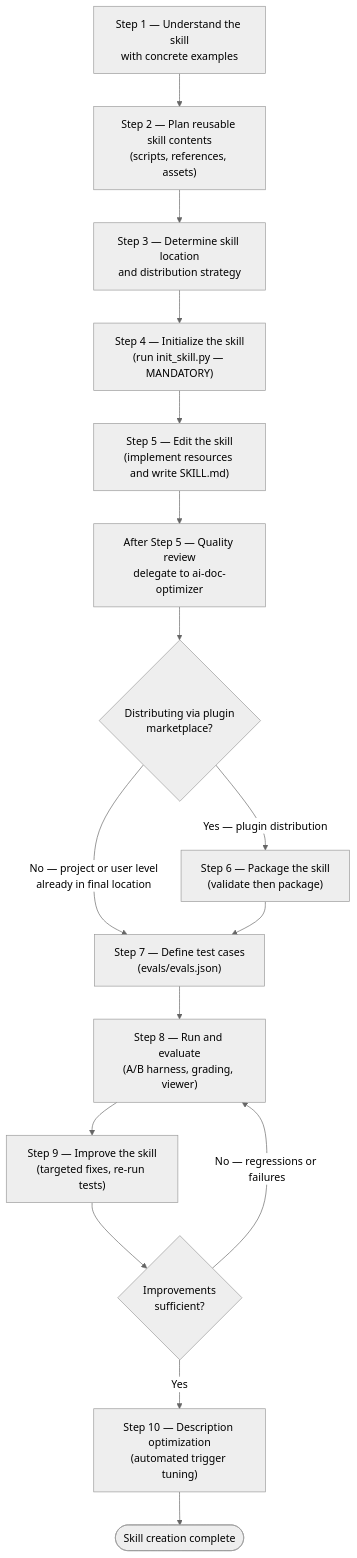
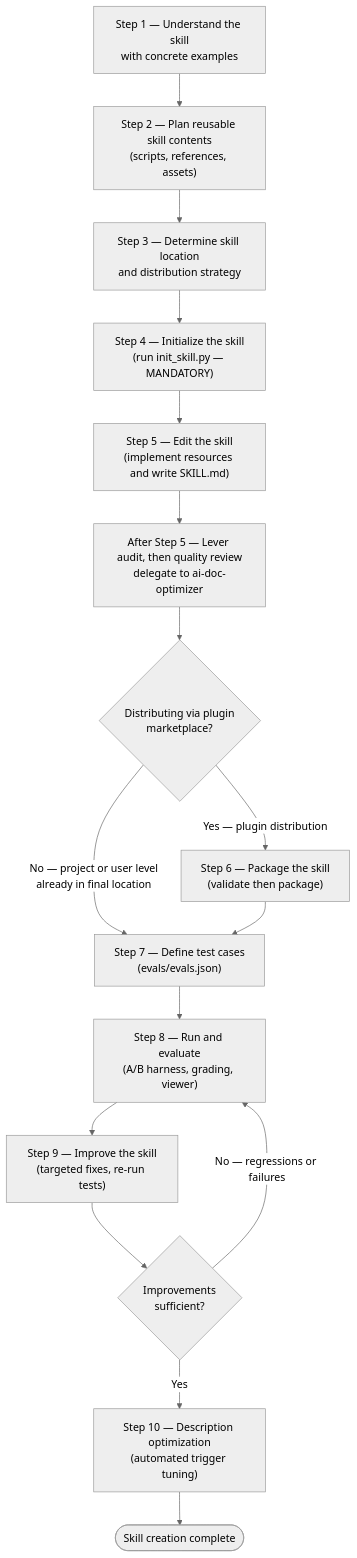
Before and after one commit to Jamie-BitFlight/claude_skills: the third of 5 diagrams in plugins/plugin-creator/skills/skill-creator/SKILL.md, drawn with Mermaid (neutral theme). The commit also changed other lines of this file and 2 other files, not shown here.

First line of the commit message:
feat(plugin-creator): add lever-audit pass to optimize, wire into skill-creator

````diff
--- a/plugins/plugin-creator/skills/skill-creator/SKILL.md
+++ b/plugins/plugin-creator/skills/skill-creator/SKILL.md
@@ -294,20 +294,20 @@
 ```mermaid
 flowchart TD
     S1["Step 1 — Understand the skill<br>with concrete examples"] --> S2
     S2["Step 2 — Plan reusable skill contents<br>(scripts, references, assets)"] --> S3
     S3["Step 3 — Determine skill location<br>and distribution strategy"] --> S4
     S4["Step 4 — Initialize the skill<br>(run init_skill.py — MANDATORY)"] --> S5
     S5["Step 5 — Edit the skill<br>(implement resources and write SKILL.md)"] --> S5R
-    S5R["After Step 5 — Quality review<br>delegate to ai-doc-optimizer"] --> S6Q
+    S5R["After Step 5 — Lever audit, then quality review<br>delegate to ai-doc-optimizer"] --> S6Q
     S6Q{"Distributing via plugin<br>marketplace?"}
     S6Q -->|"Yes — plugin distribution"| S6["Step 6 — Package the skill<br>(validate then package)"]
     S6Q -->|"No — project or user level<br>already in final location"| S7
     S6 --> S7
     S7["Step 7 — Define test cases<br>(evals/evals.json)"] --> S8
     S8["Step 8 — Run and evaluate<br>(A/B harness, grading, viewer)"] --> S9
     S9["Step 9 — Improve the skill<br>(targeted fixes, re-run tests)"] --> S9Q
     S9Q{"Improvements<br>sufficient?"}
     S9Q -->|"No — regressions or failures"| S8
     S9Q -->|"Yes"| S10
     S10["Step 10 — Description optimization<br>(automated trigger tuning)"] --> Done(["Skill creation complete"])
 ```
````
